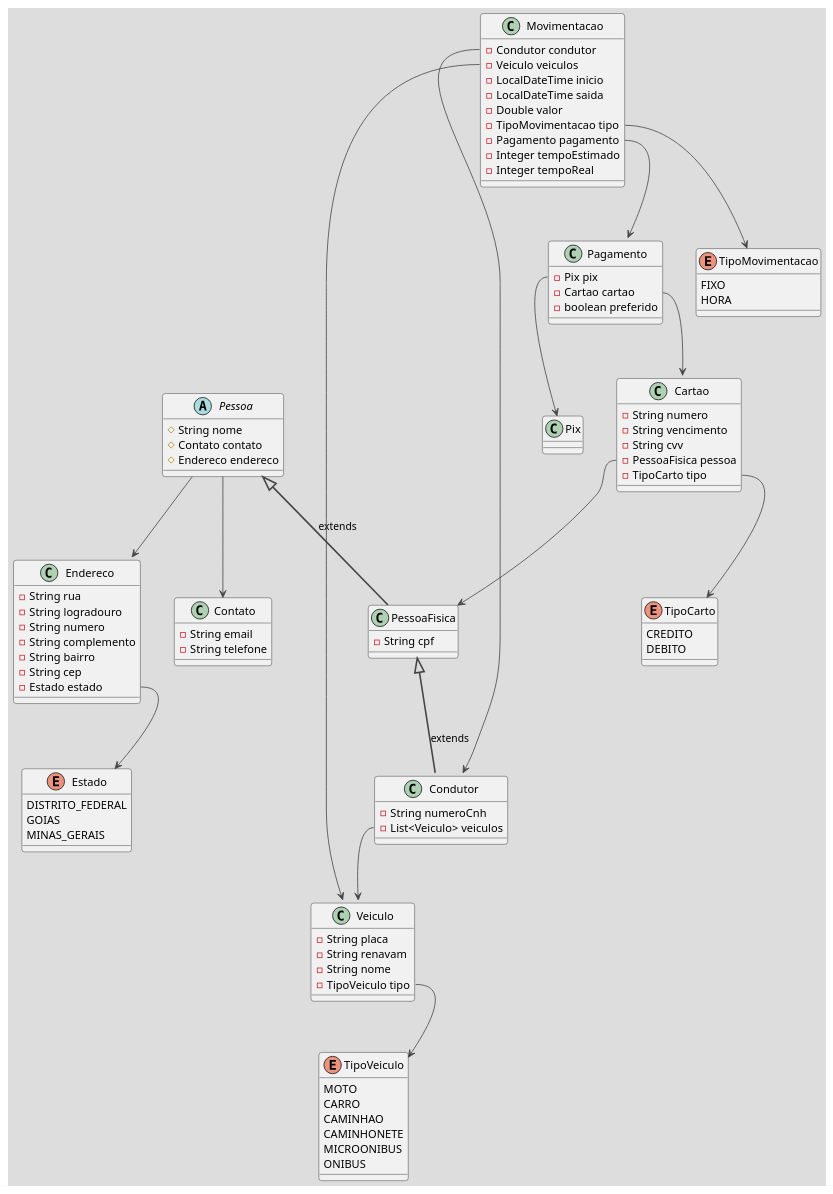
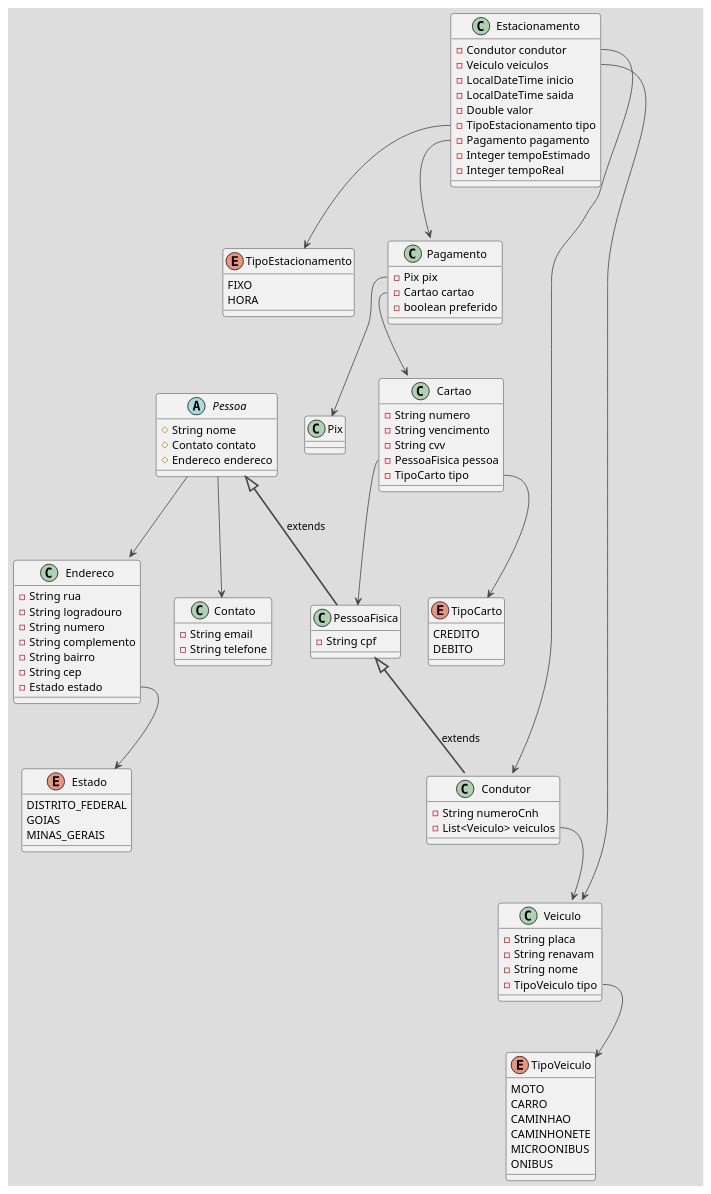
The diagram in park-tech.puml (fsales/fiap-tech-chalenge-fase3), drawn with PlantUML before and after one commit. The commit also changed 160 other files, not shown here.

```diff
--- a/park-tech.puml
+++ b/park-tech.puml
@@ -1,120 +1,120 @@
 @startuml
 !theme toy
 'https://plantuml.com/class-diagram
 'http://www.dsc.ufcg.edu.br/~jacques/cursos/map/html/uml/diagramas/classes/classes3.htm
 enum TipoVeiculo{
     MOTO
     CARRO
     CAMINHAO
     CAMINHONETE
     MICROONIBUS
     ONIBUS
 }
 
 enum TipoCarto {
     CREDITO
     DEBITO
 }
 
-enum TipoMovimentacao{
+enum TipoEstacionamento{
     FIXO
     HORA
 }
 
 enum Estado {
     DISTRITO_FEDERAL
     GOIAS
     MINAS_GERAIS
 }
 
 
 abstract class Pessoa{
     # String nome
     # Contato contato
     # Endereco endereco
 }
 
 class Condutor {
     - String numeroCnh
     - List<Veiculo> veiculos
 }
 
 class PessoaFisica {
     - String cpf
 }
 
 
 class Endereco{
     - String rua
     - String logradouro
     - String numero
     - String complemento
     - String bairro
     - String cep
     - Estado estado
 }
 
 class Contato{
     - String email
     - String telefone
 }
 
 class Veiculo{
     - String placa
     - String renavam
     - String nome
     - TipoVeiculo tipo
 }
 
-class Movimentacao{
+class Estacionamento{
  - Condutor condutor
  - Veiculo veiculos
  - LocalDateTime inicio
  - LocalDateTime saida
  - Double valor
- - TipoMovimentacao tipo
+ - TipoEstacionamento tipo
  - Pagamento pagamento
  - Integer tempoEstimado
  - Integer tempoReal
 }
 
 class Pix{
 }
 
 
 class Pagamento{
  - Pix pix
  - Cartao cartao
  - boolean preferido
 }
 
 class Cartao {
     - String numero
     - String vencimento
     - String cvv
     - PessoaFisica pessoa
     - TipoCarto tipo
 }
 
 Endereco::estado --> Estado
 Pessoa --> Endereco
 Pessoa --> Contato
 Pessoa <|-- PessoaFisica #line.bold; : extends
 PessoaFisica <|-- Condutor #line.bold; : extends
 
 
 Condutor::veiculos --> Veiculo
 Veiculo::tipo --> TipoVeiculo
 
 
 Cartao::tipo --> TipoCarto
 Cartao::pessoa --> PessoaFisica
 Pagamento::pix --> Pix
 Pagamento::cartao --> Cartao
 
-Movimentacao::tipo --> TipoMovimentacao
-Movimentacao::pagamento --> Pagamento
-Movimentacao::condutor --> Condutor
-Movimentacao::veiculos --> Veiculo
+Estacionamento::tipo --> TipoEstacionamento
+Estacionamento::pagamento --> Pagamento
+Estacionamento::condutor --> Condutor
+Estacionamento::veiculos --> Veiculo
 
 @enduml
```
